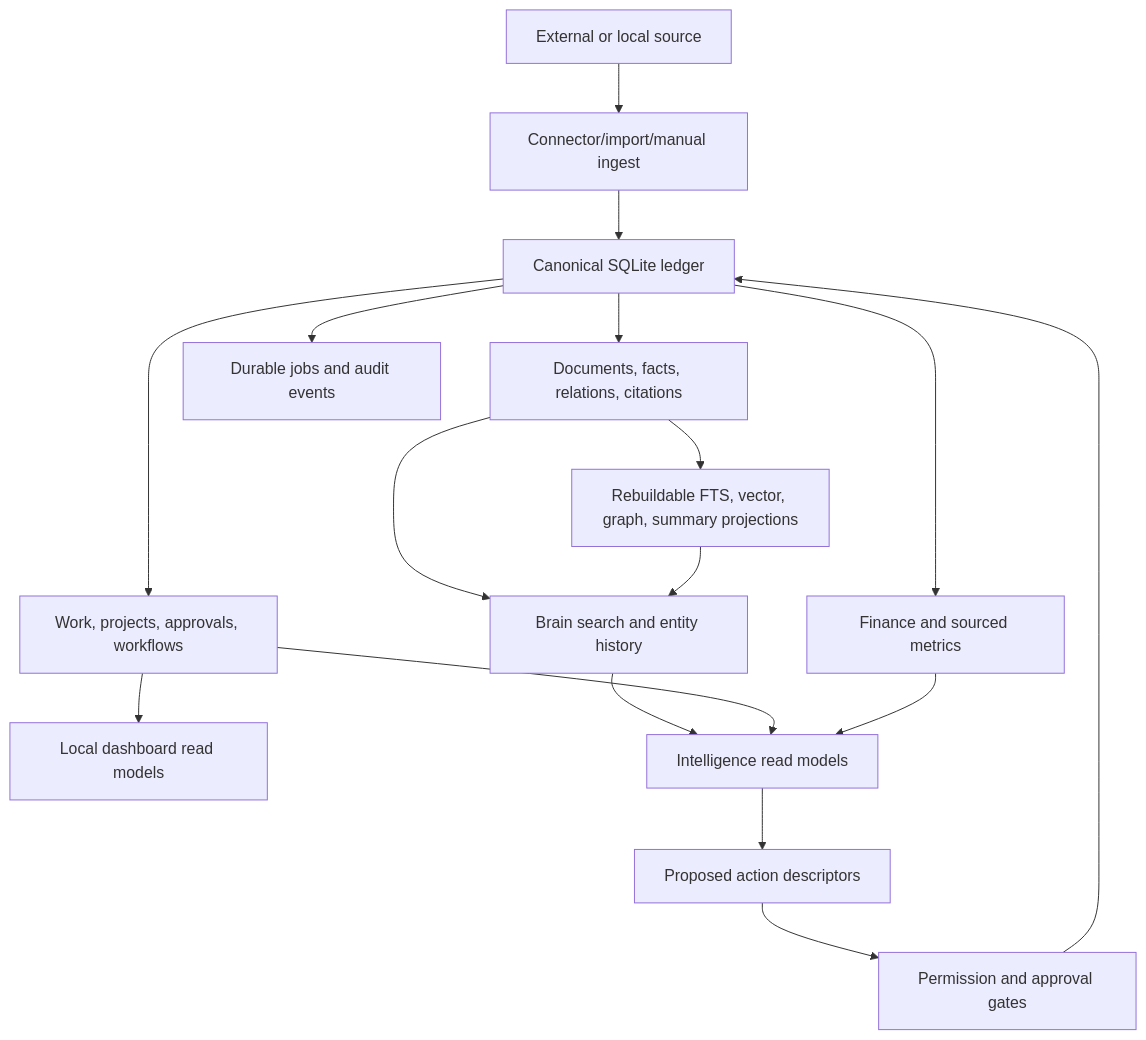
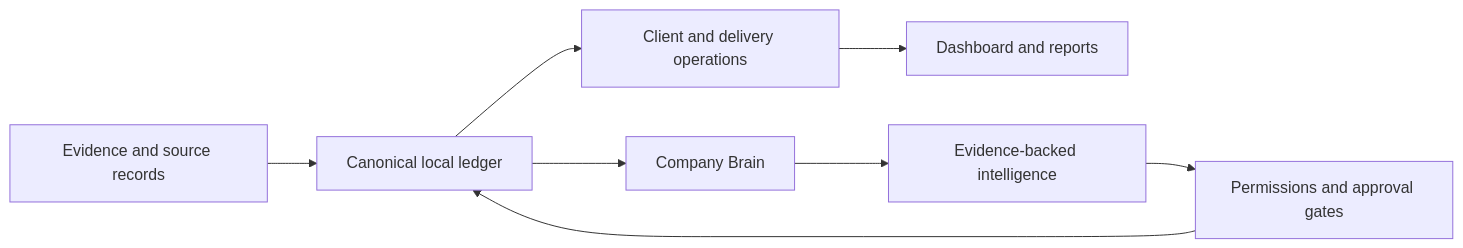
One commit to wasayijaz/Auremgrid-Company-OS changed the diagram in README.md. Above: the diagram before and after it, drawn with Mermaid. The commit also changed other lines of this file and 8 other files, not shown here.

````diff
--- a/README.md
+++ b/README.md
@@ -93,19 +13,10 @@
 ```mermaid
-flowchart TD
-    Source[External or local source] --> Ingest[Connector/import/manual ingest]
-    Ingest --> Ledger[Canonical SQLite ledger]
-    Ledger --> Evidence[Documents, facts, relations, citations]
-    Ledger --> Work[Work, projects, approvals, workflows]
-    Ledger --> Finance[Finance and sourced metrics]
-    Ledger --> Jobs[Durable jobs and audit events]
-    Evidence --> Proj[Rebuildable FTS, vector, graph, summary projections]
-    Work --> Dashboard[Local dashboard read models]
-    Evidence --> Brain[Brain search and entity history]
-    Proj --> Brain
-    Brain --> Intel[Intelligence read models]
-    Work --> Intel
-    Finance --> Intel
-    Intel --> Descriptors[Proposed action descriptors]
-    Descriptors --> Gates[Permission and approval gates]
-    Gates --> Ledger
+flowchart LR
+  E[Evidence and source records] --> L[Canonical local ledger]
+  L --> O[Client and delivery operations]
+  L --> B[Company Brain]
+  O --> D[Dashboard and reports]
+  B --> I[Evidence-backed intelligence]
+  I --> G[Permissions and approval gates]
+  G --> L
 ```
````
